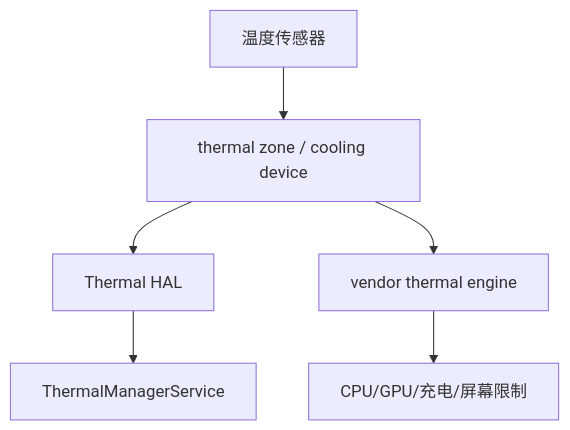
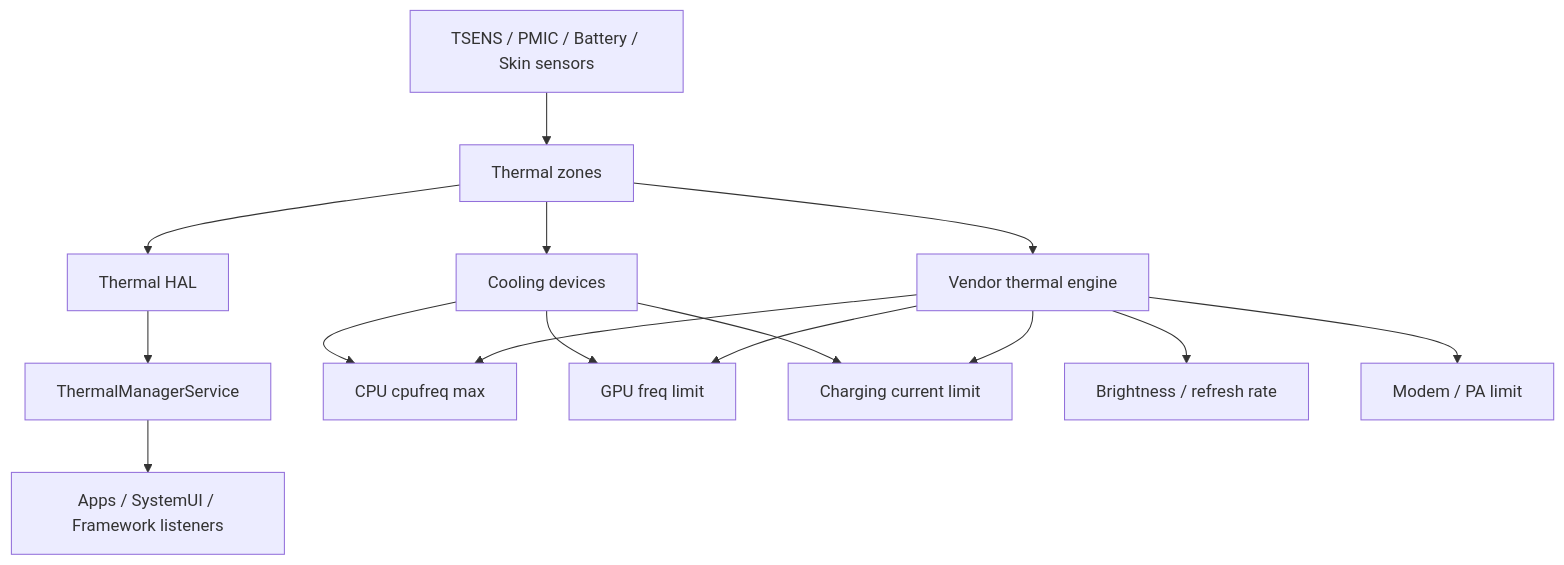
Before and after one commit to liulangrenaaa/liulangrenaaa.github.io: the first of 4 diagrams in source/_posts/android/power/10_Thermal框架thermal_zone与限频限流机制.md, drawn with Mermaid. The commit also changed other lines of this file and 13 other files, not shown here.

````diff
--- a/source/_posts/android/power/10_Thermal框架thermal_zone与限频限流机制.md
+++ b/source/_posts/android/power/10_Thermal框架thermal_zone与限频限流机制.md
@@ -20,15 +24,30 @@
 ```mermaid
 flowchart TD
-    Sensor[温度传感器]
-    Kernel[thermal zone / cooling device]
+    Sensors[TSENS / PMIC / Battery / Skin sensors]
+    Kernel[Thermal zones]
+    Cooling[Cooling devices]
     HAL[Thermal HAL]
     TMS[ThermalManagerService]
-    Vendor[vendor thermal engine]
-    Limit[CPU/GPU/充电/屏幕限制]
+    Apps[Apps / SystemUI / Framework listeners]
+    Vendor[Vendor thermal engine]
+    CPU[CPU cpufreq max]
+    GPU[GPU freq limit]
+    Charge[Charging current limit]
+    Display[Brightness / refresh rate]
+    Modem[Modem / PA limit]
 
-    Sensor --> Kernel
+    Sensors --> Kernel
+    Kernel --> Cooling
     Kernel --> HAL
     HAL --> TMS
+    TMS --> Apps
     Kernel --> Vendor
-    Vendor --> Limit
+    Vendor --> CPU
+    Vendor --> GPU
+    Vendor --> Charge
+    Vendor --> Display
+    Vendor --> Modem
+    Cooling --> CPU
+    Cooling --> GPU
+    Cooling --> Charge
 ```
````
